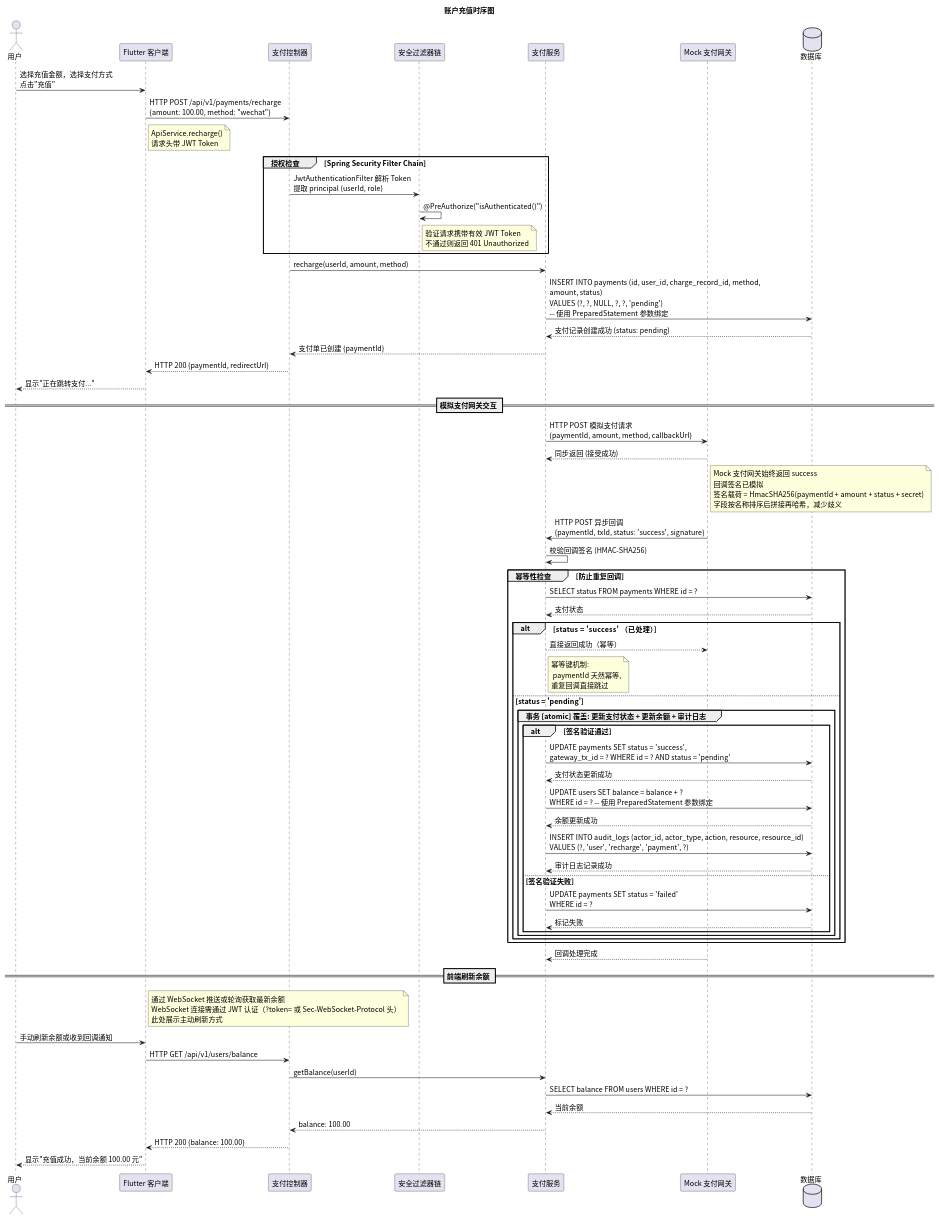
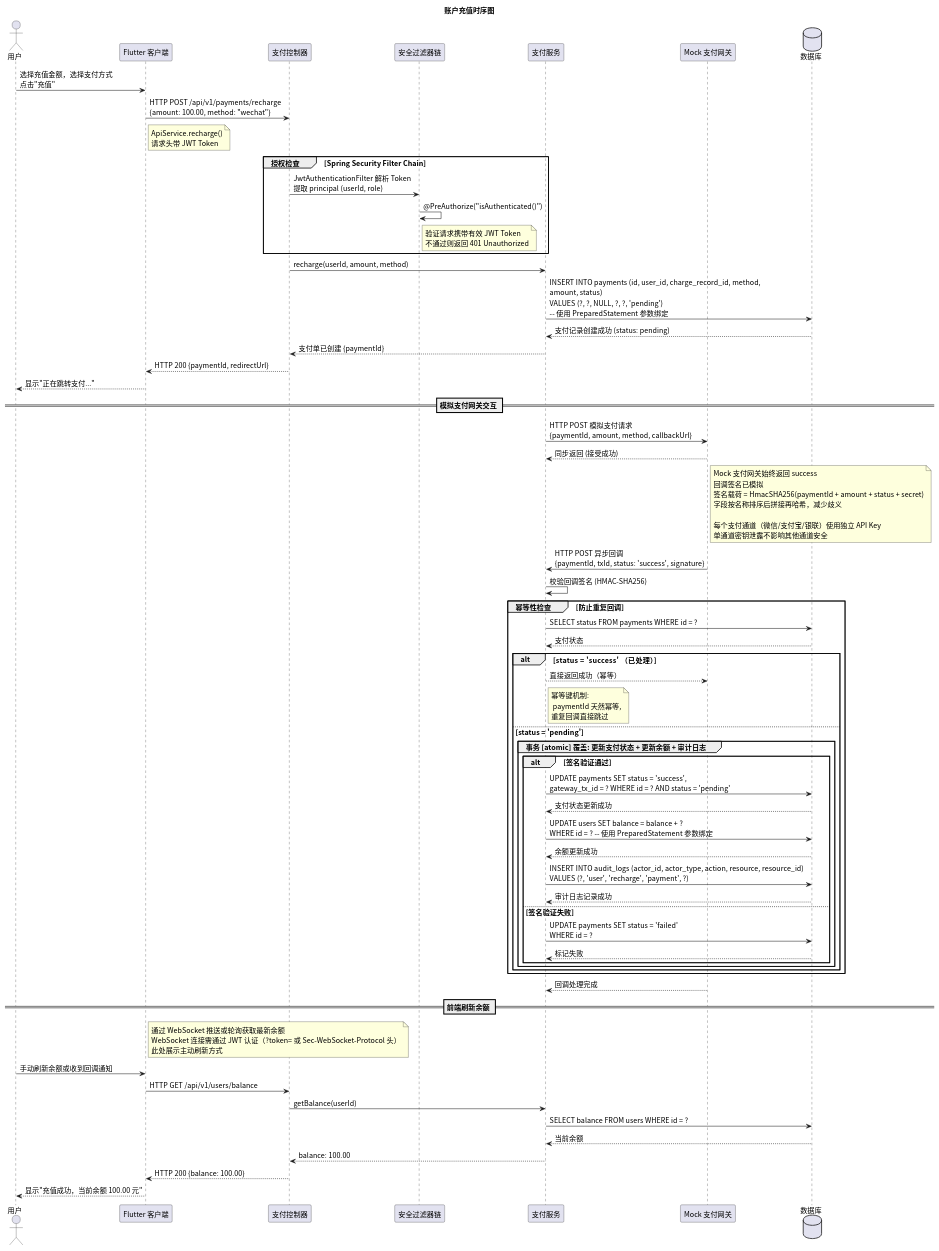
One commit to greenhandzdl/charging-station-doc changed the diagram in time/src/sequence_recharge.puml. Above: the diagram before and after it, drawn with PlantUML. The commit also changed 19 other files, not shown here.

```diff
--- a/time/src/sequence_recharge.puml
+++ b/time/src/sequence_recharge.puml
@@ -1,84 +1,84 @@
 @startuml
 skinparam defaultFontName "Noto Sans CJK SC"
 skinparam defaultFontSize 14
 title 账户充值时序图
 
 ' 所有 SQL 操作使用 PreparedStatement 参数绑定，禁止字符串拼接
 actor 用户 as U
 participant "Flutter 客户端" as FE
 participant "支付控制器" as Ctrl
 participant "安全过滤器链" as Security
 participant "支付服务" as PS
 participant "Mock 支付网关" as Gateway
 database 数据库 as DB
 
 U -> FE: 选择充值金额，选择支付方式\n点击"充值"
 FE -> Ctrl: HTTP POST /api/v1/payments/recharge\n{amount: 100.00, method: "wechat"}
 note right FE : ApiService.recharge()\n请求头带 JWT Token
 
 group 授权检查 [Spring Security Filter Chain]
   Ctrl -> Security: JwtAuthenticationFilter 解析 Token\n提取 principal (userId, role)
 
   Security -> Security: @PreAuthorize("isAuthenticated()")
   note right Security : 验证请求携带有效 JWT Token\n不通过则返回 401 Unauthorized
 end
 
 Ctrl -> PS: recharge(userId, amount, method)
 
 PS -> DB: INSERT INTO payments (id, user_id, charge_record_id, method,\namount, status)\nVALUES (?, ?, NULL, ?, ?, 'pending')\n-- 使用 PreparedStatement 参数绑定
 DB --> PS: 支付记录创建成功 (status: pending)
 
 PS --> Ctrl: 支付单已创建 {paymentId}
 Ctrl --> FE: HTTP 200 {paymentId, redirectUrl}
 FE --> U: 显示"正在跳转支付..."
 
 == 模拟支付网关交互 ==
 PS -> Gateway: HTTP POST 模拟支付请求\n{paymentId, amount, method, callbackUrl}
 Gateway --> PS: 同步返回 (接受成功)
 
-note right Gateway : Mock 支付网关始终返回 success\n回调签名已模拟\n签名载荷 = HmacSHA256(paymentId + amount + status + secret)\n字段按名称排序后拼接再哈希，减少歧义
+note right Gateway : Mock 支付网关始终返回 success\n回调签名已模拟\n签名载荷 = HmacSHA256(paymentId + amount + status + secret)\n字段按名称排序后拼接再哈希，减少歧义\n\n每个支付通道（微信/支付宝/银联）使用独立 API Key\n单通道密钥泄露不影响其他通道安全
 
 Gateway -> PS: HTTP POST 异步回调\n{paymentId, txId, status: 'success', signature}
 
 PS -> PS: 校验回调签名 (HMAC-SHA256)
 
 group 幂等性检查 [防止重复回调]
     PS -> DB: SELECT status FROM payments WHERE id = ?
     DB --> PS: 支付状态
 
     alt status = 'success' （已处理）
       PS --> Gateway: 直接返回成功（幂等）
       note right PS : 幂等键机制:\n paymentId 天然幂等,\n重复回调直接跳过
     else status = 'pending'
       group 事务 [atomic] 覆盖: 更新支付状态 + 更新余额 + 审计日志
         alt 签名验证通过
           PS -> DB: UPDATE payments SET status = 'success',\ngateway_tx_id = ? WHERE id = ? AND status = 'pending'
           DB --> PS: 支付状态更新成功
 
           PS -> DB: UPDATE users SET balance = balance + ?\nWHERE id = ? -- 使用 PreparedStatement 参数绑定
           DB --> PS: 余额更新成功
 
           PS -> DB: INSERT INTO audit_logs (actor_id, actor_type, action, resource, resource_id)\nVALUES (?, 'user', 'recharge', 'payment', ?)
           DB --> PS: 审计日志记录成功
         else 签名验证失败
           PS -> DB: UPDATE payments SET status = 'failed'\nWHERE id = ?
           DB --> PS: 标记失败
         end
       end
     end
 end
 
 Gateway --> PS: 回调处理完成
 
 == 前端刷新余额 ==
 note right FE : 通过 WebSocket 推送或轮询获取最新余额\nWebSocket 连接需通过 JWT 认证（?token= 或 Sec-WebSocket-Protocol 头）\n此处展示主动刷新方式
 
 U -> FE: 手动刷新余额或收到回调通知
 FE -> Ctrl: HTTP GET /api/v1/users/balance
 Ctrl -> PS: getBalance(userId)
 PS -> DB: SELECT balance FROM users WHERE id = ?
 DB --> PS: 当前余额
 PS --> Ctrl: balance: 100.00
 Ctrl --> FE: HTTP 200 {balance: 100.00}
 FE --> U: 显示"充值成功，当前余额 100.00 元"
 @enduml
```
